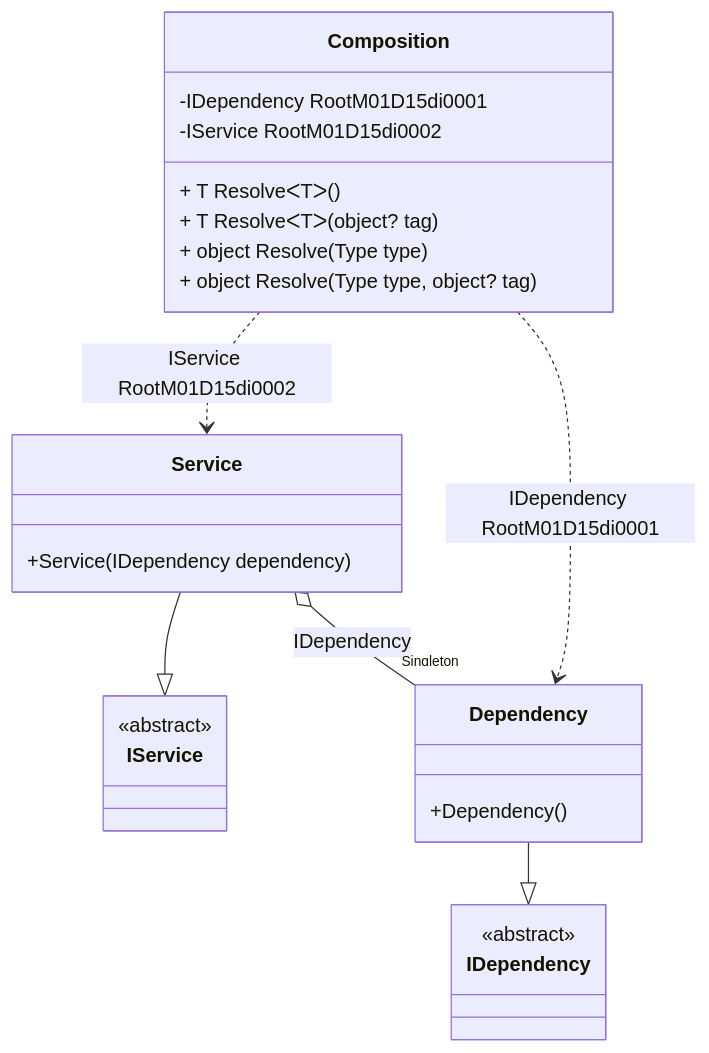
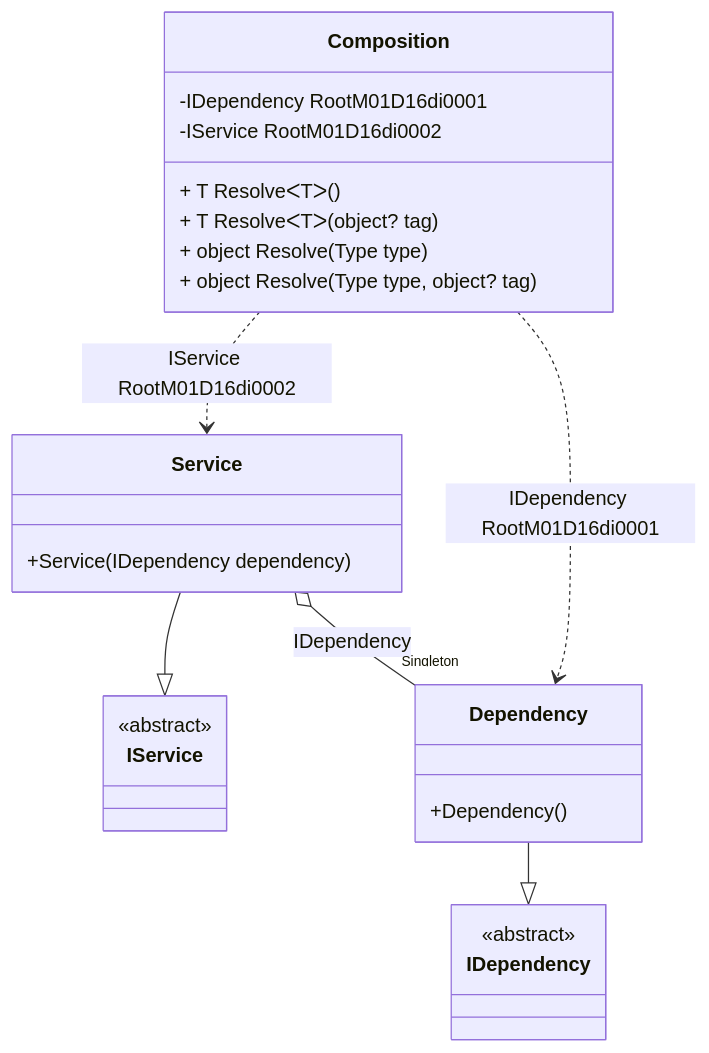
Before and after one commit to DevTeam/Pure.DI: the diagram in readme/service-collection.md, drawn with Mermaid. The commit also changed other lines of this file and 81 other files, not shown here.

````diff
--- a/readme/service-collection.md
+++ b/readme/service-collection.md
@@ -47,28 +47,28 @@
 ```mermaid
 classDiagram
   class Composition {
-    -IDependency RootM01D15di0001
-    -IService RootM01D15di0002
+    -IDependency RootM01D16di0001
+    -IService RootM01D16di0002
     + T ResolveᐸTᐳ()
     + T ResolveᐸTᐳ(object? tag)
     + object Resolve(Type type)
     + object Resolve(Type type, object? tag)
   }
   Service --|> IService : 
   class Service {
     +Service(IDependency dependency)
   }
   Dependency --|> IDependency : 
   class Dependency {
     +Dependency()
   }
   class IService {
     <<abstract>>
   }
   class IDependency {
     <<abstract>>
   }
   Service o--  "Singleton" Dependency : IDependency
-  Composition ..> Dependency : IDependency RootM01D15di0001
-  Composition ..> Service : IService RootM01D15di0002
+  Composition ..> Dependency : IDependency RootM01D16di0001
+  Composition ..> Service : IService RootM01D16di0002
 ```
````
